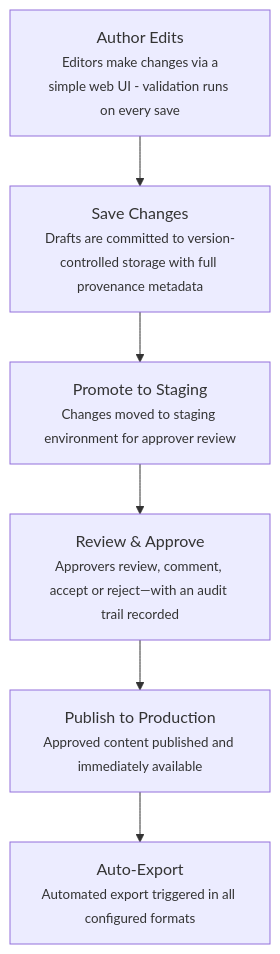
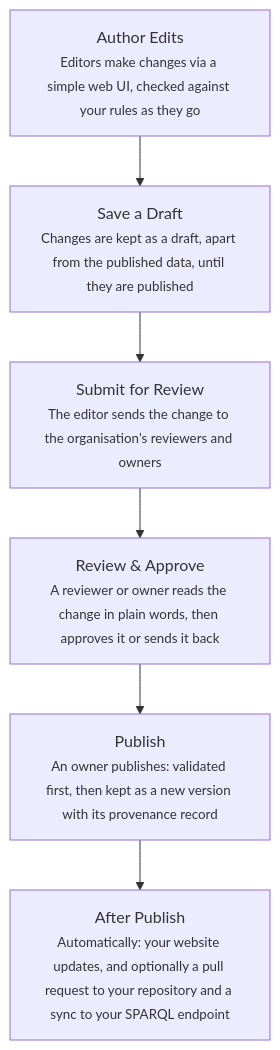
Before and after one commit to Kurrawong/kurrawong.ai: the diagram in content/3.products/2.k-maker.md, drawn with Mermaid. The commit also changed other lines of this file and 2 other files, not shown here.

````diff
--- a/content/3.products/2.k-maker.md
+++ b/content/3.products/2.k-maker.md
@@ -176,11 +192,11 @@
 ```mermaid
 flowchart TD
-    A["Author Edits<br/><small> Editors make changes via a simple web UI - validation runs on every save</small>"]
-    B["Save Changes<br/><small>Drafts are committed to version-controlled storage with full provenance metadata</small>"]
-    C["Promote to Staging<br/><small>Changes moved to staging environment for approver review</small>"]
-    D["Review & Approve<br/><small>Approvers review, comment, accept or reject—with an audit trail recorded</small>"]
-    E["Publish to Production<br/><small>Approved content published and immediately available</small>"]
-    F["Auto-Export<br/><small>Automated export triggered in all configured formats</small>"]
+    A["Author Edits<br/><small>Editors make changes via a simple web UI, checked against your rules as they go</small>"]
+    B["Save a Draft<br/><small>Changes are kept as a draft, apart from the published data, until they are published</small>"]
+    C["Submit for Review<br/><small>The editor sends the change to the organisation's reviewers and owners</small>"]
+    D["Review & Approve<br/><small>A reviewer or owner reads the change in plain words, then approves it or sends it back</small>"]
+    E["Publish<br/><small>An owner publishes: validated first, then kept as a new version with its provenance record</small>"]
+    F["After Publish<br/><small>Automatically: your website updates, and optionally a pull request to your repository and a sync to your SPARQL endpoint</small>"]
 
     A --> B --> C --> D --> E --> F
 ```
````
